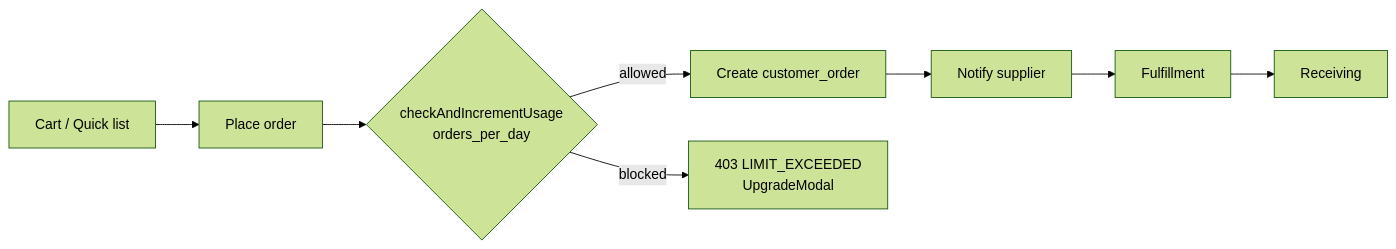
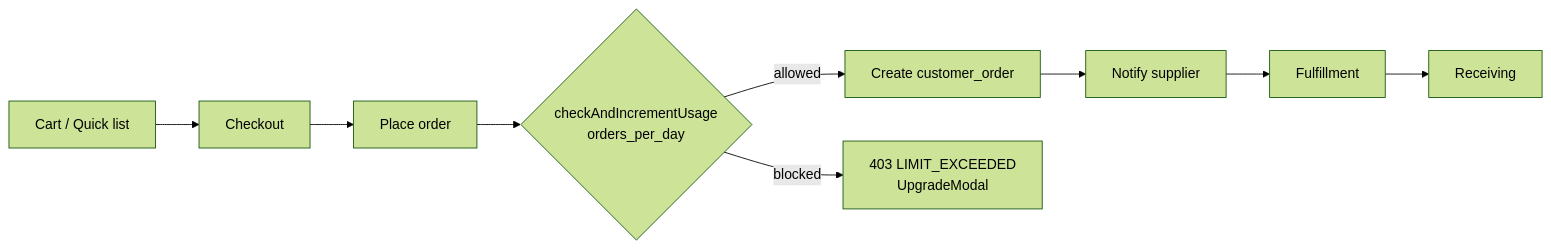
Before and after one commit to ghadimdallaldev/supplify_erp: the diagram in docs/blueprint/workflows/order_flow.mmd, drawn with Mermaid (forest theme). The commit also changed 18 other files, not shown here.

```diff
--- a/docs/blueprint/workflows/order_flow.mmd
+++ b/docs/blueprint/workflows/order_flow.mmd
@@ -1,8 +1,9 @@
 flowchart LR
-  A[Cart / Quick list] --> B[Place order]
-  B --> C{checkAndIncrementUsage\norders_per_day}
-  C -->|allowed| D[Create customer_order]
-  C -->|blocked| E[403 LIMIT_EXCEEDED\nUpgradeModal]
-  D --> F[Notify supplier]
-  F --> G[Fulfillment]
-  G --> H[Receiving]
+  A[Cart / Quick list] --> B[Checkout]
+  B --> C[Place order]
+  C --> D{checkAndIncrementUsage\norders_per_day}
+  D -->|allowed| E[Create customer_order]
+  D -->|blocked| F[403 LIMIT_EXCEEDED\nUpgradeModal]
+  E --> G[Notify supplier]
+  G --> H[Fulfillment]
+  H --> I[Receiving]
```
